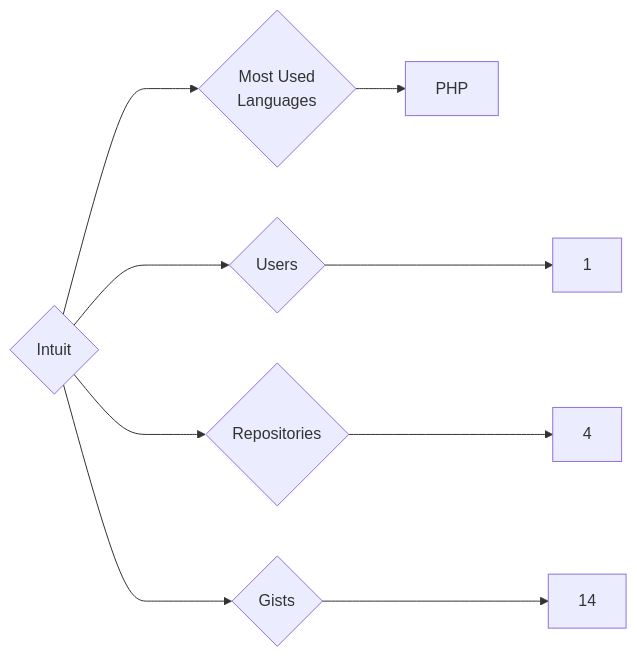
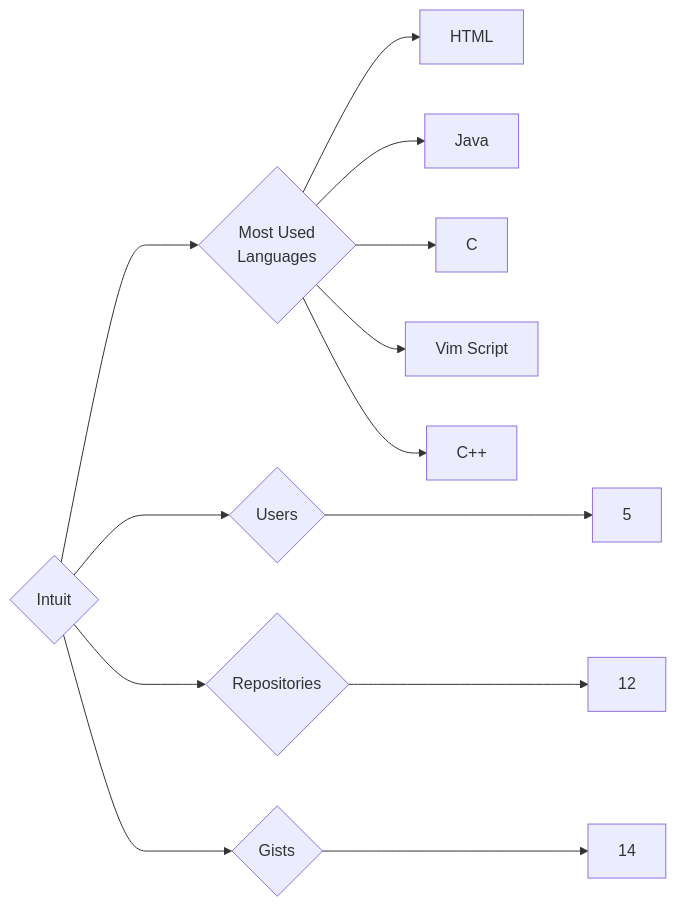
One commit to trickest/insiders changed the diagram in targets/Intuit/README.md. Above: the diagram before and after it, drawn with Mermaid. The commit also changed 873 other files, not shown here.

````diff
--- a/targets/Intuit/README.md
+++ b/targets/Intuit/README.md
@@ -3,9 +3,13 @@
 ```mermaid
 graph LR
 COMPANY_NAME{Intuit}
-COMPANY_NAME ---> U{Users} ---> UN[1]
-COMPANY_NAME ---> R{Repositories} ---> RN[4]
+COMPANY_NAME ---> U{Users} ---> UN[5]
+COMPANY_NAME ---> R{Repositories} ---> RN[12]
 COMPANY_NAME ---> G{Gists} ---> GN[14]
 COMPANY_NAME ---> ML{Most Used<br>Languages}
-ML --> PHP[PHP]
+ML --> HTML[HTML]
+ML --> Java[Java]
+ML --> C[C]
+ML --> Vim_Script[Vim Script]
+ML --> C++[C++]
 ```
````
